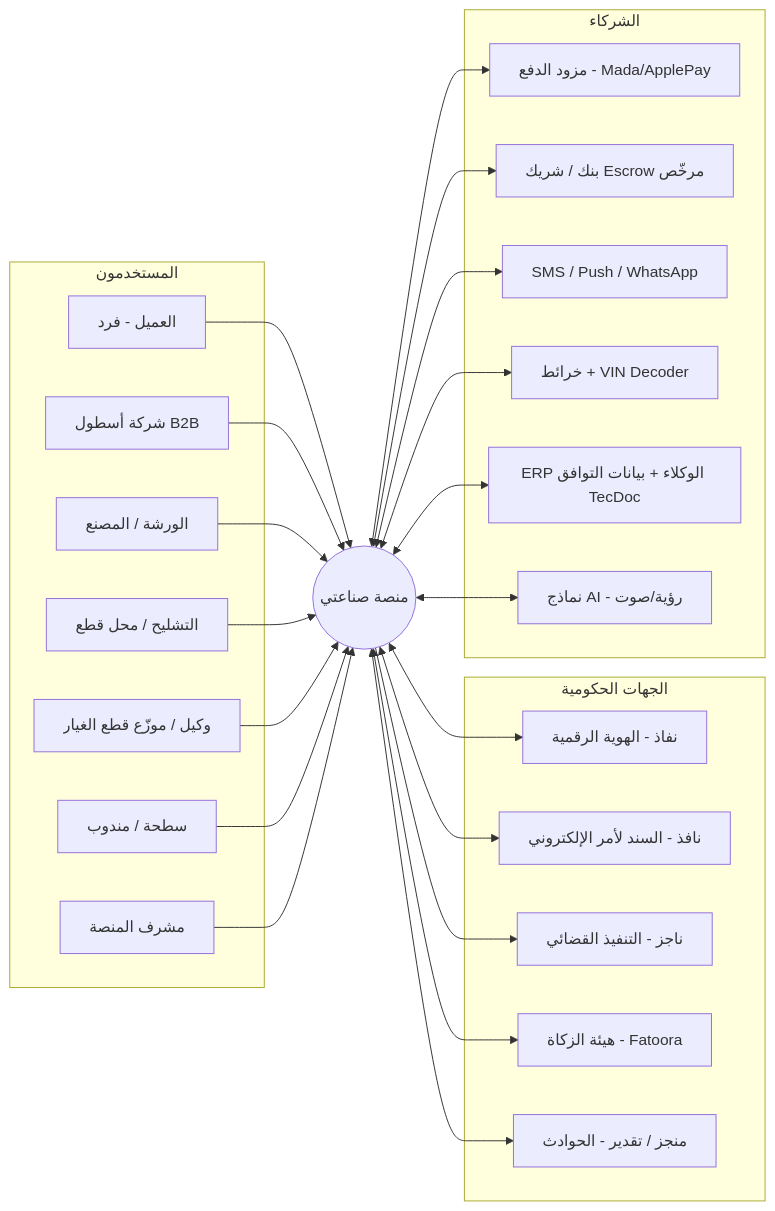
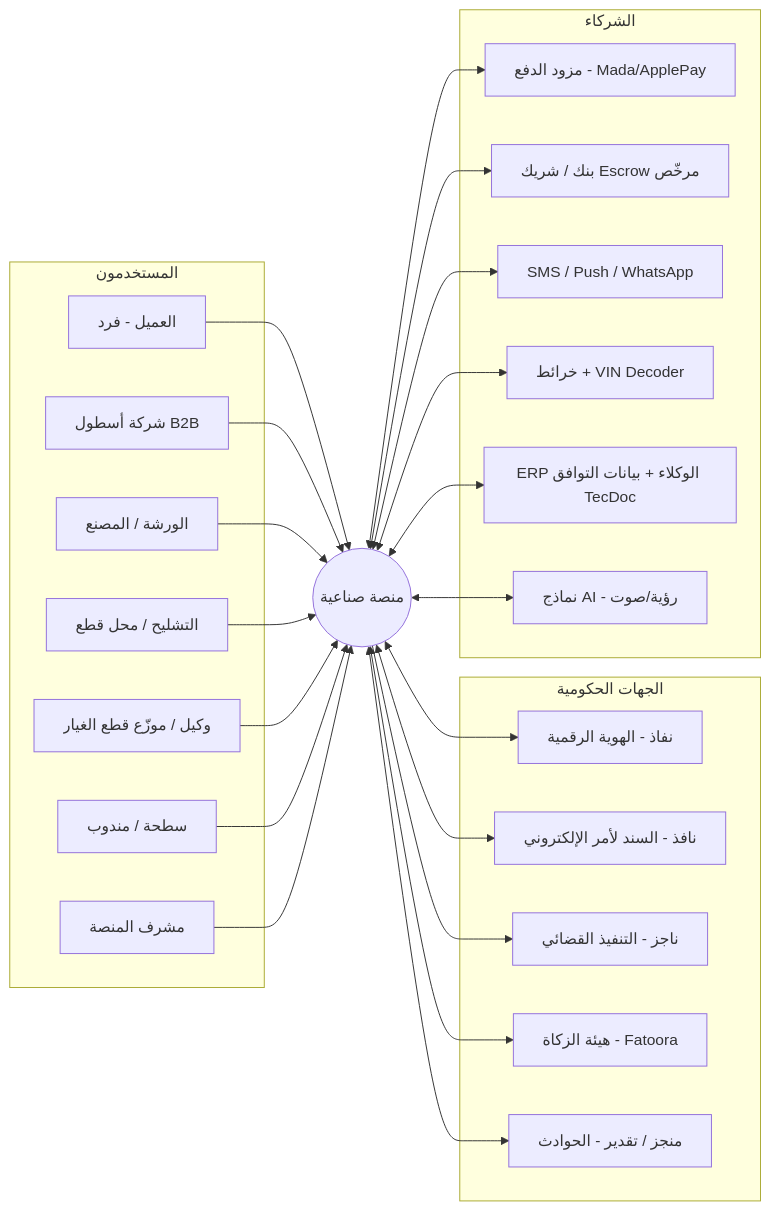
One commit to Issaalhilali/sinaaty changed the first of 6 diagrams in docs/02-ARCHITECTURE.md. Above: the diagram before and after it, drawn with Mermaid. The commit also changed other lines of this file and 64 other files, not shown here.

````diff
--- a/docs/02-ARCHITECTURE.md
+++ b/docs/02-ARCHITECTURE.md
@@ -21,36 +21,36 @@
 ```mermaid
 flowchart LR
   subgraph Users[المستخدمون]
     C[العميل - فرد]
     F[شركة أسطول B2B]
     W[الورشة / المصنع]
     S[التشليح / محل قطع]
     D[وكيل / موزّع قطع الغيار]
     T[سطحة / مندوب]
     A[مشرف المنصة]
   end
 
-  P((منصة صناعتي))
+  P((منصة صناعية))
 
   subgraph Gov[الجهات الحكومية]
     NAFATH[نفاذ - الهوية الرقمية]
     NAFEZ[نافذ - السند لأمر الإلكتروني]
     NAJIZ[ناجز - التنفيذ القضائي]
     ZATCA[هيئة الزكاة - Fatoora]
     MONJEZ[منجز / تقدير - الحوادث]
   end
 
   subgraph Partners[الشركاء]
     PSP[مزود الدفع - Mada/ApplePay]
     ESC[بنك / شريك Escrow مرخّص]
     SMS[SMS / Push / WhatsApp]
     MAPS[خرائط + VIN Decoder]
     ERP[ERP الوكلاء + بيانات التوافق TecDoc]
     AI[نماذج AI - رؤية/صوت]
   end
 
   C & F & W & S & D & T & A --> P
   P <--> NAFATH & NAFEZ & ZATCA & MONJEZ
   P --> NAJIZ
   P <--> PSP & ESC & SMS & MAPS & AI & ERP
 ```
````
